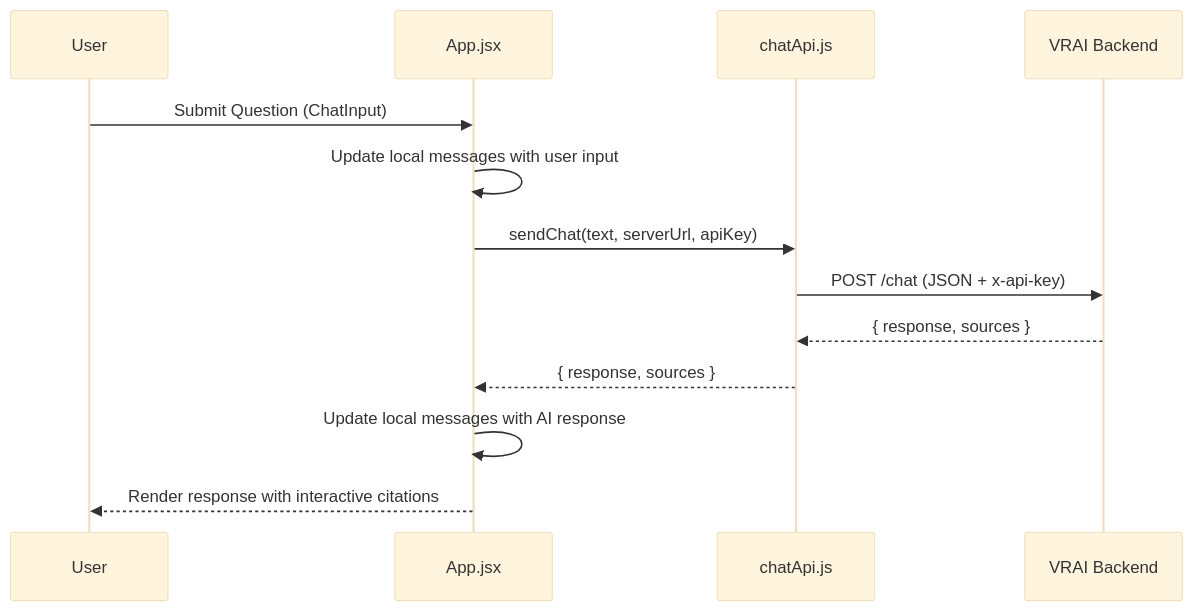
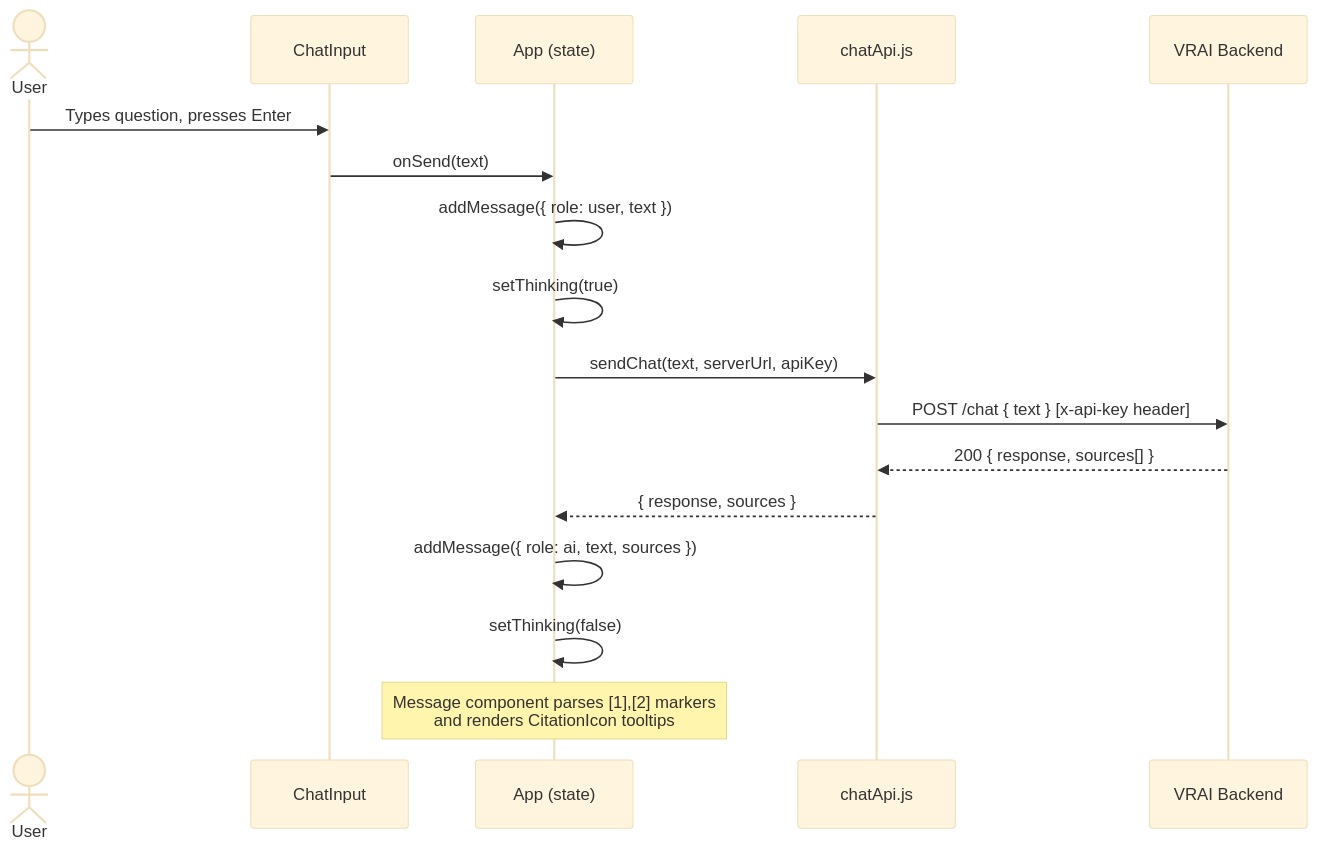
Before and after one commit to Rhabibi1609/ChatUI: the third of 3 diagrams in README.md, drawn with Mermaid (base theme). The commit also changed other lines of this file and 1 other file, not shown here.

````diff
--- a/README.md
+++ b/README.md
@@ -118,16 +67,20 @@
 ```mermaid
 sequenceDiagram
-    participant U as User
-    participant A as App.jsx
+    actor U as User
+    participant CI as ChatInput
+    participant A as App (state)
     participant API as chatApi.js
     participant B as VRAI Backend
 
-    U->>A: Submit Question (ChatInput)
-    A->>A: Update local messages with user input
+    U->>CI: Types question, presses Enter
+    CI->>A: onSend(text)
+    A->>A: addMessage({ role: user, text })
+    A->>A: setThinking(true)
     A->>API: sendChat(text, serverUrl, apiKey)
-    API->>B: POST /chat (JSON + x-api-key)
-    B-->>API: { response, sources }
+    API->>B: POST /chat { text }  [x-api-key header]
+    B-->>API: 200 { response, sources[] }
     API-->>A: { response, sources }
-    A->>A: Update local messages with AI response
-    A-->>U: Render response with interactive citations
+    A->>A: addMessage({ role: ai, text, sources })
+    A->>A: setThinking(false)
+    Note over A: Message component parses [1],[2] markers<br/>and renders CitationIcon tooltips
 ```
````
